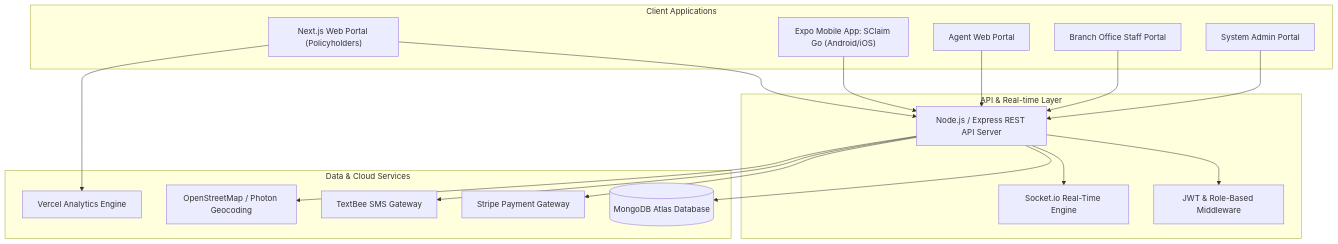
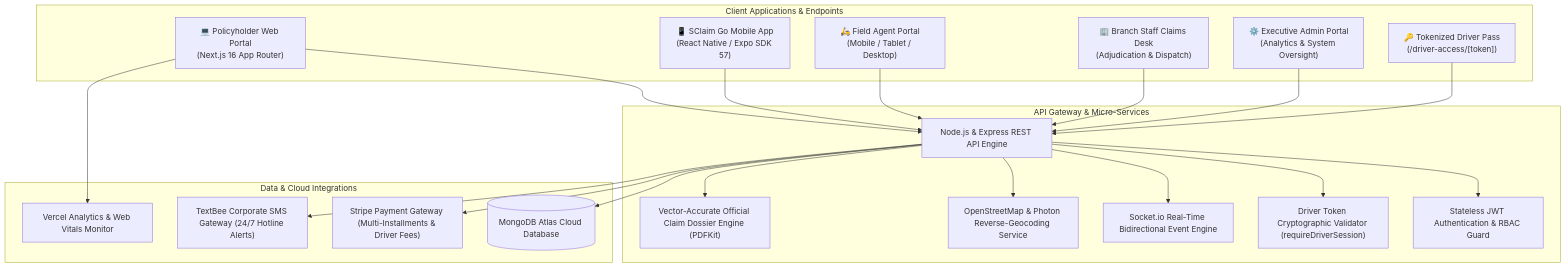
One commit to gayathra45/Sanasa-Insurance-Vehicle-Damage-Claiming-System changed the first of 2 diagrams in README.md. Above: the diagram before and after it, drawn with Mermaid. The commit also changed other lines of this file and 4 other files, not shown here.

Commit message:
docs: enrich README.md and Readme.txt with full system functions, architecture, and modules

````diff
--- a/README.md
+++ b/README.md
@@ -72,38 +37,44 @@
 ```mermaid
-graph TD
-    subgraph Client Applications
-        PH_WEB["Next.js Web Portal (Policyholders)"]
-        PH_APP["Expo Mobile App: SClaim Go (Android/iOS)"]
-        AGENT_WEB["Agent Web Portal"]
-        STAFF_WEB["Branch Office Staff Portal"]
-        ADMIN_WEB["System Admin Portal"]
+graph TB
+    subgraph Client Applications & Endpoints
+        PH_WEB["💻 Policyholder Web Portal<br/>(Next.js 16 App Router)"]
+        PH_APP["📱 SClaim Go Mobile App<br/>(React Native / Expo SDK 57)"]
+        AGENT_WEB["🛵 Field Agent Portal<br/>(Mobile / Tablet / Desktop)"]
+        STAFF_WEB["🏢 Branch Staff Claims Desk<br/>(Adjudication & Dispatch)"]
+        ADMIN_WEB["⚙️ Executive Admin Portal<br/>(Analytics & System Oversight)"]
+        DRIVER_PORTAL["🔑 Tokenized Driver Pass<br/>(/driver-access/[token])"]
     end
 
-    subgraph API & Real-time Layer
-        API["Node.js / Express REST API Server"]
-        SOCKET["Socket.io Real-Time Engine"]
-        AUTH["JWT & Role-Based Middleware"]
+    subgraph API Gateway & Micro-Services
+        API["Node.js & Express REST API Engine"]
+        SOCKET["Socket.io Real-Time Bidirectional Event Engine"]
+        AUTH_MW["Stateless JWT Authentication & RBAC Guard"]
+        DRIVER_MW["Driver Token Cryptographic Validator (requireDriverSession)"]
+        GEO_SVC["OpenStreetMap & Photon Reverse-Geocoding Service"]
+        PDF_SVC["Vector-Accurate Official Claim Dossier Engine (PDFKit)"]
     end
 
-    subgraph Data & Cloud Services
-        DB[("MongoDB Atlas Database")]
-        STRIPE["Stripe Payment Gateway"]
-        SMS["TextBee SMS Gateway"]
-        GEO["OpenStreetMap / Photon Geocoding"]
-        ANALYTICS["Vercel Analytics Engine"]
+    subgraph Data & Cloud Integrations
+        DB[("MongoDB Atlas Cloud Database")]
+        STRIPE["Stripe Payment Gateway (Multi-Installments & Driver Fees)"]
+        SMS["TextBee Corporate SMS Gateway (24/7 Hotline Alerts)"]
+        VERCEL_ANALYTICS["Vercel Analytics & Web Vitals Monitor"]
     end
 
     PH_WEB --> API
     PH_APP --> API
     AGENT_WEB --> API
     STAFF_WEB --> API
     ADMIN_WEB --> API
+    DRIVER_PORTAL --> API
 
-    API --> AUTH
+    API --> AUTH_MW
+    API --> DRIVER_MW
     API --> SOCKET
+    API --> GEO_SVC
+    API --> PDF_SVC
     API --> DB
     API --> STRIPE
     API --> SMS
-    API --> GEO
-    PH_WEB --> ANALYTICS
+    PH_WEB --> VERCEL_ANALYTICS
 ```
````
